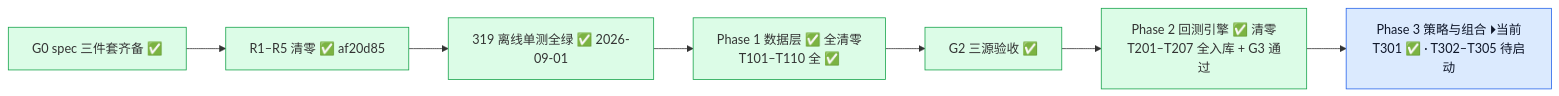
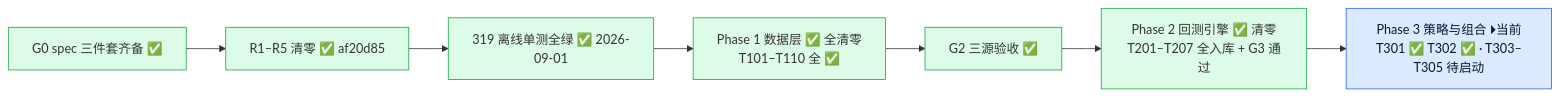
The second of 4 diagrams in docs/project_status_flowchart.md (YZml1507/FinAI2.0), drawn with Mermaid before and after one commit. The commit also changed other lines of this file and 3 other files, not shown here.

Commit message:
docs: T302 状态标记 — CLAUDE.md §0/§5/§7 + spec 快照 + 流程图（T302 ✅ / 426 绿 / 当前位 T303）

````diff
--- a/docs/project_status_flowchart.md
+++ b/docs/project_status_flowchart.md
@@ -29,15 +29,15 @@
 ```mermaid
 flowchart LR
   G0[G0 spec 三件套齐备 ✅] --> R15[R1–R5 清零 ✅ af20d85] --> UT[319 离线单测全绿 ✅ 2026-09-01]
   UT --> P1[Phase 1 数据层 ✅ 全清零<br/>T101–T110 全 ✅]
   P1 --> G2[G2 三源验收 ✅]
   G2 --> P2C[Phase 2 回测引擎 ✅ 清零<br/>T201–T207 全入库 + G3 通过]
-  P2C --> P3C[Phase 3 策略与组合 ⏵当前<br/>T301 ✅ · T302–T305 待启动]
+  P2C --> P3C[Phase 3 策略与组合 ⏵当前<br/>T301 ✅ T302 ✅ · T303–T305 待启动]
   style G0 fill:#dcfce7,stroke:#16a34a
   style R15 fill:#dcfce7,stroke:#16a34a
   style UT fill:#dcfce7,stroke:#16a34a
   style P1 fill:#dcfce7,stroke:#16a34a
   style G2 fill:#dcfce7,stroke:#16a34a
   style P2C fill:#dcfce7,stroke:#16a34a
   style P3C fill:#dbeafe,stroke:#2563eb,color:#0f172a
 ```
````
